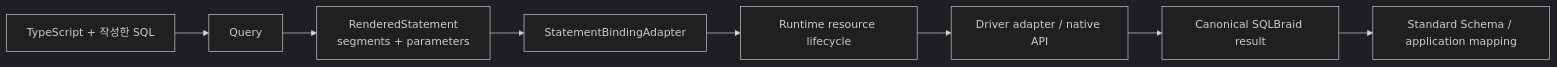
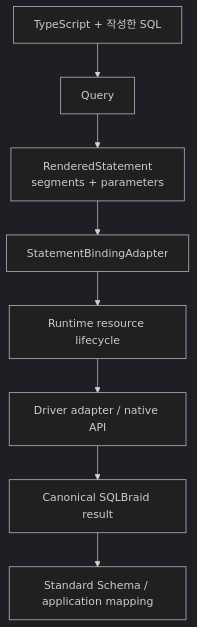
The first of 5 diagrams in docs/mental-model.ko.md (Clickin/SQLBraid), drawn with Mermaid (dark theme) before and after one commit. The commit also changed 1 other file, not shown here.

Commit message:
docs: lay out the mental model overview diagram vertically
The eight-node pipeline was hard to read as a single horizontal row.

````diff
--- a/docs/mental-model.ko.md
+++ b/docs/mental-model.ko.md
@@ -11,10 +11,10 @@
 ```mermaid
-flowchart LR
+flowchart TB
   A[TypeScript + 작성한 SQL] --> Q[Query]
   Q --> R[RenderedStatement<br/>segments + parameters]
   R --> B[StatementBindingAdapter]
   B --> X[Runtime resource lifecycle]
   X --> D[Driver adapter / native API]
   D --> C[Canonical SQLBraid result]
   C --> M[Standard Schema / application mapping]
 ```
````
